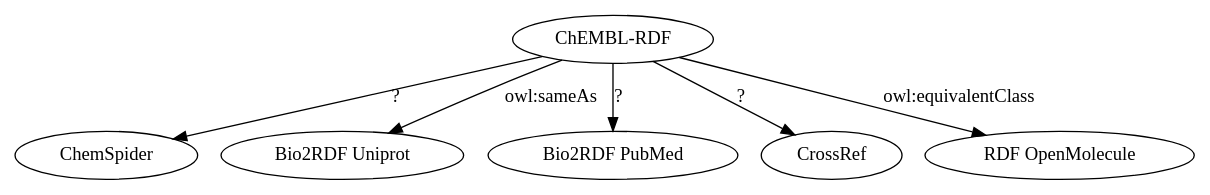
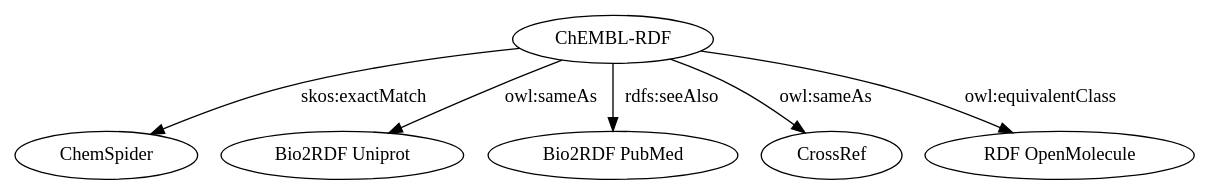
The diagram in figs/lodgraph.dot (egonw/chembl-rdf-paper), drawn with Graphviz before and after one commit.

Commit message:
Added missing predicates

```diff
--- a/figs/lodgraph.dot
+++ b/figs/lodgraph.dot
@@ -1,19 +1,19 @@
 
 digraph G {
 
   center=""
 
   chembl [label="ChEMBL-RDF"];
   chemspider [label="ChemSpider"];
   bio2rdfuniprot [label="Bio2RDF Uniprot"];
   bio2rdfpubmed [label="Bio2RDF PubMed"];
   crossref [label="CrossRef"];
   ron [label="RDF OpenMolecule"];
 
-  chembl -> chemspider [label="?"];
+  chembl -> chemspider [label="skos:exactMatch"];
   chembl -> bio2rdfuniprot [label="owl:sameAs"];
-  chembl -> bio2rdfpubmed [label="?"];
-  chembl -> crossref [label="?"];
+  chembl -> bio2rdfpubmed [label="rdfs:seeAlso"];
+  chembl -> crossref [label="owl:sameAs"];
   chembl -> ron [label="owl:equivalentClass"];
 
 }
```
